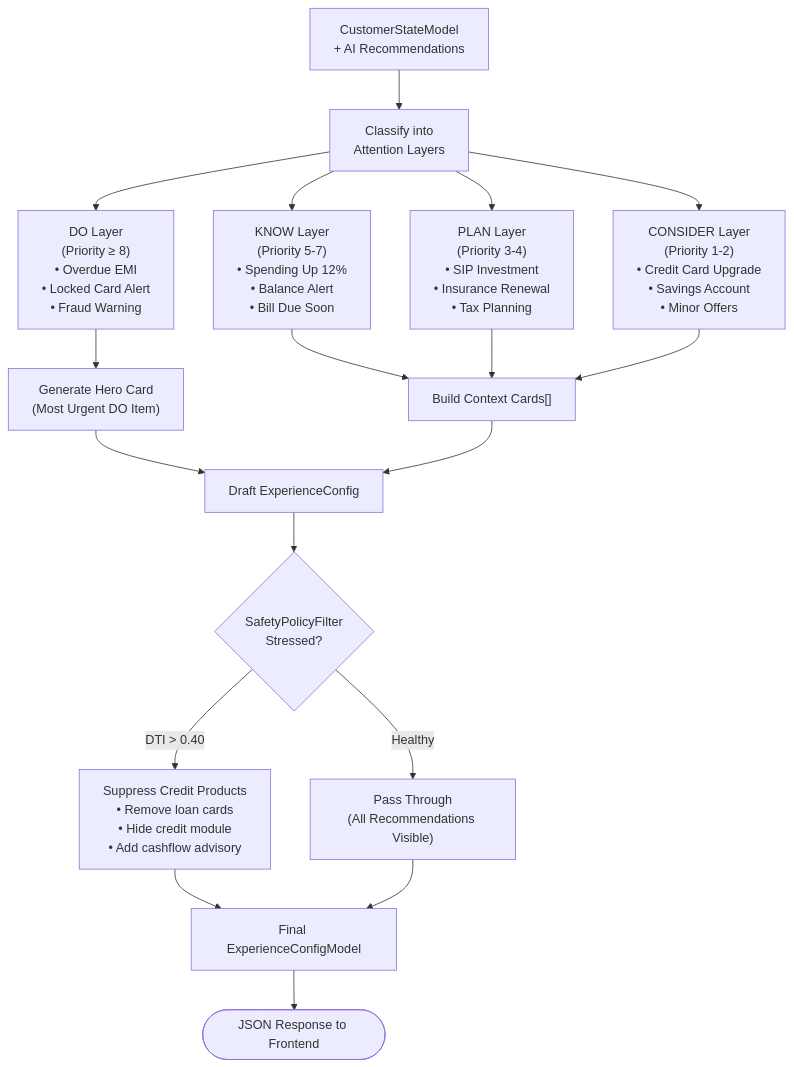
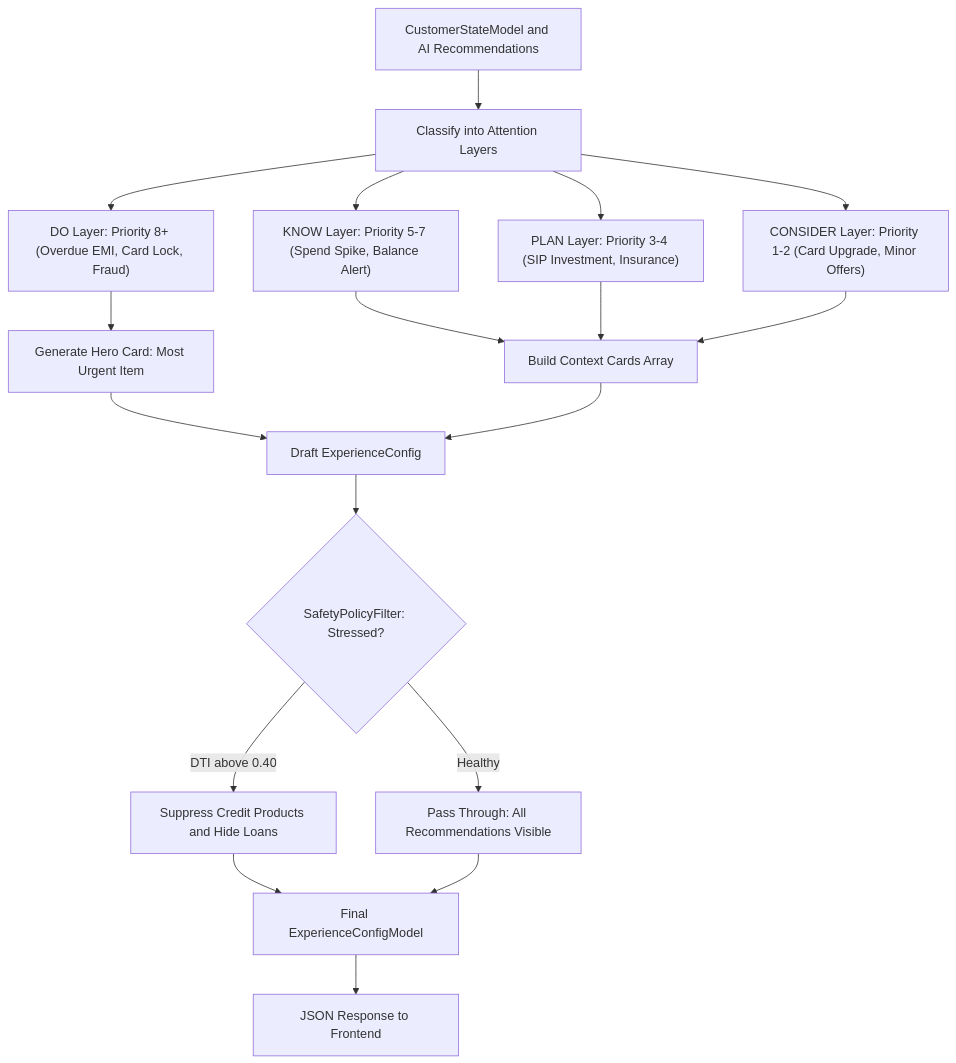
One commit to Neutron-0/ABC-Bank changed diagram 14 of 41 in README.md. Above: the diagram before and after it, drawn with Mermaid. The commit also changed other lines of this file and 33 other files, not shown here.

````diff
--- a/README.md
+++ b/README.md
@@ -1258,26 +1242,26 @@
 ```mermaid
 flowchart TD
-  Input["CustomerStateModel\n+ AI Recommendations"] --> LayerClassify["Classify into\nAttention Layers"]
+  Input["CustomerStateModel and AI Recommendations"] --> LayerClassify["Classify into Attention Layers"]
   
-  LayerClassify --> DO["DO Layer\n(Priority ≥ 8)\n• Overdue EMI\n• Locked Card Alert\n• Fraud Warning"]
-  LayerClassify --> KNOW["KNOW Layer\n(Priority 5-7)\n• Spending Up 12%\n• Balance Alert\n• Bill Due Soon"]
-  LayerClassify --> PLAN["PLAN Layer\n(Priority 3-4)\n• SIP Investment\n• Insurance Renewal\n• Tax Planning"]
-  LayerClassify --> CONSIDER["CONSIDER Layer\n(Priority 1-2)\n• Credit Card Upgrade\n• Savings Account\n• Minor Offers"]
+  LayerClassify --> DO["DO Layer: Priority 8+ (Overdue EMI, Card Lock, Fraud)"]
+  LayerClassify --> KNOW["KNOW Layer: Priority 5-7 (Spend Spike, Balance Alert)"]
+  LayerClassify --> PLAN["PLAN Layer: Priority 3-4 (SIP Investment, Insurance)"]
+  LayerClassify --> CONSIDER["CONSIDER Layer: Priority 1-2 (Card Upgrade, Minor Offers)"]
   
-  DO --> HeroCard["Generate Hero Card\n(Most Urgent DO Item)"]
-  KNOW --> ContextCards["Build Context Cards[]"]
+  DO --> HeroCard["Generate Hero Card: Most Urgent Item"]
+  KNOW --> ContextCards["Build Context Cards Array"]
   PLAN --> ContextCards
   CONSIDER --> ContextCards
   
   HeroCard --> DraftConfig["Draft ExperienceConfig"]
   ContextCards --> DraftConfig
   
-  DraftConfig --> SafetyCheck{"SafetyPolicyFilter\nStressed?"}
-  SafetyCheck -->|"DTI > 0.40"| Suppress["Suppress Credit Products\n• Remove loan cards\n• Hide credit module\n• Add cashflow advisory"]
-  SafetyCheck -->|"Healthy"| PassThrough["Pass Through\n(All Recommendations Visible)"]
+  DraftConfig --> SafetyCheck{"SafetyPolicyFilter: Stressed?"}
+  SafetyCheck -->|DTI above 0.40| Suppress["Suppress Credit Products and Hide Loans"]
+  SafetyCheck -->|Healthy| PassThrough["Pass Through: All Recommendations Visible"]
   
   Suppress --> FinalConfig["Final ExperienceConfigModel"]
   PassThrough --> FinalConfig
   
-  FinalConfig --> Output(["JSON Response to Frontend"])
+  FinalConfig --> OutputNode["JSON Response to Frontend"]
 ```
````
